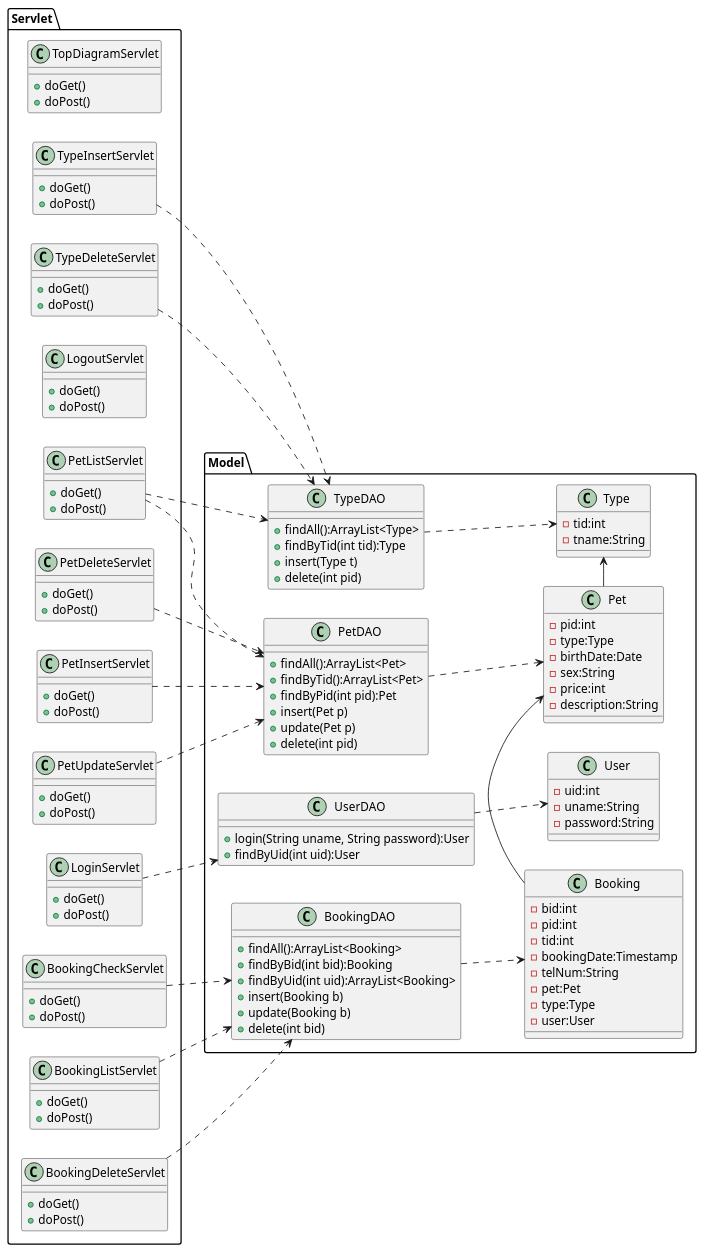
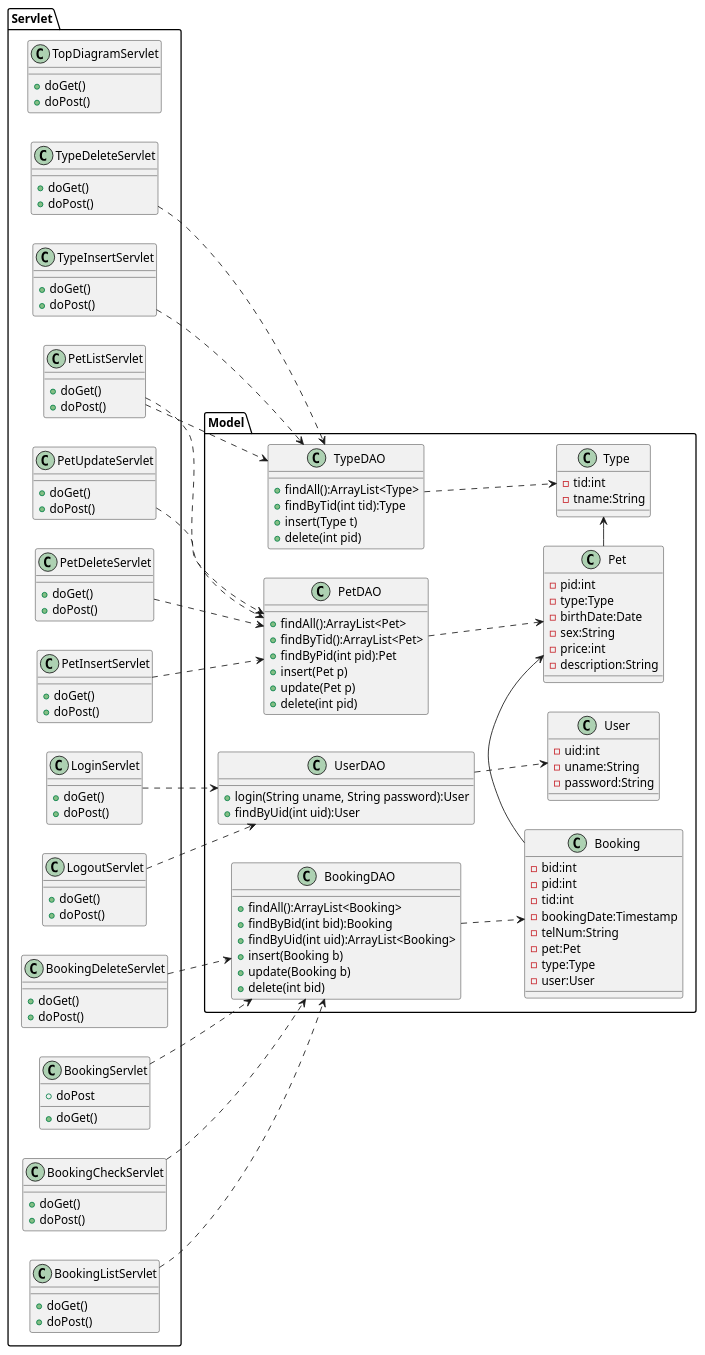
The diagram in detail.uml/class.pu (Tyamanaka07/WebSystem), drawn with PlantUML before and after one commit. The commit also changed 3 other files, not shown here.

```diff
--- a/detail.uml/class.pu
+++ b/detail.uml/class.pu
@@ -1,148 +1,155 @@
 @startuml
 left to right direction
 
 package Model{
 	class Pet{
 		-pid:int
 		-type:Type
 		-birthDate:Date
 		-sex:String
 		-price:int
 		-description:String
 	}
 
 	class Type{
 		-tid:int
 		-tname:String
 	}
 
 	class User{
 		-uid:int
 		-uname:String
 		-password:String
 	}
 
 	class Booking{
 		-bid:int
 		-pid:int
 		-tid:int
 		-bookingDate:Timestamp
 		-telNum:String
 		-pet:Pet
 		-type:Type
 		-user:User
 	}
 
 	class PetDAO{
 		+findAll():ArrayList<Pet>
 		+findByTid():ArrayList<Pet>
 		+findByPid(int pid):Pet
 		+insert(Pet p)
 		+update(Pet p)
 		+delete(int pid)
 	}
 
 	class TypeDAO{
 		+findAll():ArrayList<Type>
 		+findByTid(int tid):Type
 		+insert(Type t)
 		+delete(int pid)
 	}
 
 	class UserDAO{
 		+login(String uname, String password):User
 		+findByUid(int uid):User
 	}
 
 	class BookingDAO{
 		+findAll():ArrayList<Booking>
 		+findByBid(int bid):Booking
 		+findByUid(int uid):ArrayList<Booking>
 		+insert(Booking b)
 		+update(Booking b)
 		+delete(int bid)
 	}
 }
 
 package Servlet{
 	class TopDiagramServlet{
 		+doGet()
 		+doPost()
 	}
 
 	class PetListServlet{
 		+doGet()
 		+doPost()
 	}
 
 	class LoginServlet{
 		+doGet()
 		+doPost()
 	}
 
 	class LogoutServlet{
 		+doGet()
 		+doPost()
 	}
 
 	class PetInsertServlet{
 		+doGet()
 		+doPost()
 	}
 
 	class PetUpdateServlet{
 		+doGet()
 		+doPost()
 	}
 
 	class PetDeleteServlet{
 		+doGet()
 		+doPost()
 	}
 
 	class TypeInsertServlet{
 		+doGet()
 		+doPost()
 	}
 
 	class TypeDeleteServlet{
 		+doGet()
 		+doPost()
 	}
 
+	class BookingServlet{
+		+doGet()
+		+doPost
+	}
+
 	class BookingCheckServlet{
 		+doGet()
 		+doPost()
 	}
 
 	class BookingListServlet{
 		+doGet()
 		+doPost()
 	}
 
 	class BookingDeleteServlet{
 		+doGet()
 		+doPost()
 	}
 }
 
 
 PetListServlet..>TypeDAO
 TypeInsertServlet..>TypeDAO
 TypeDeleteServlet..>TypeDAO
 PetListServlet..>PetDAO
 PetInsertServlet..>PetDAO
 PetUpdateServlet..>PetDAO
 PetDeleteServlet..>PetDAO
 LoginServlet..>UserDAO
 BookingCheckServlet..>BookingDAO
 BookingListServlet..>BookingDAO
 BookingDeleteServlet..>BookingDAO
+BookingServlet..>BookingDAO
+LogoutServlet..>UserDAO
 
 BookingDAO..>Booking
 PetDAO..>Pet
 TypeDAO..>Type
 UserDAO..>User
 Booking->Pet
 Pet->Type
 @enduml
```
